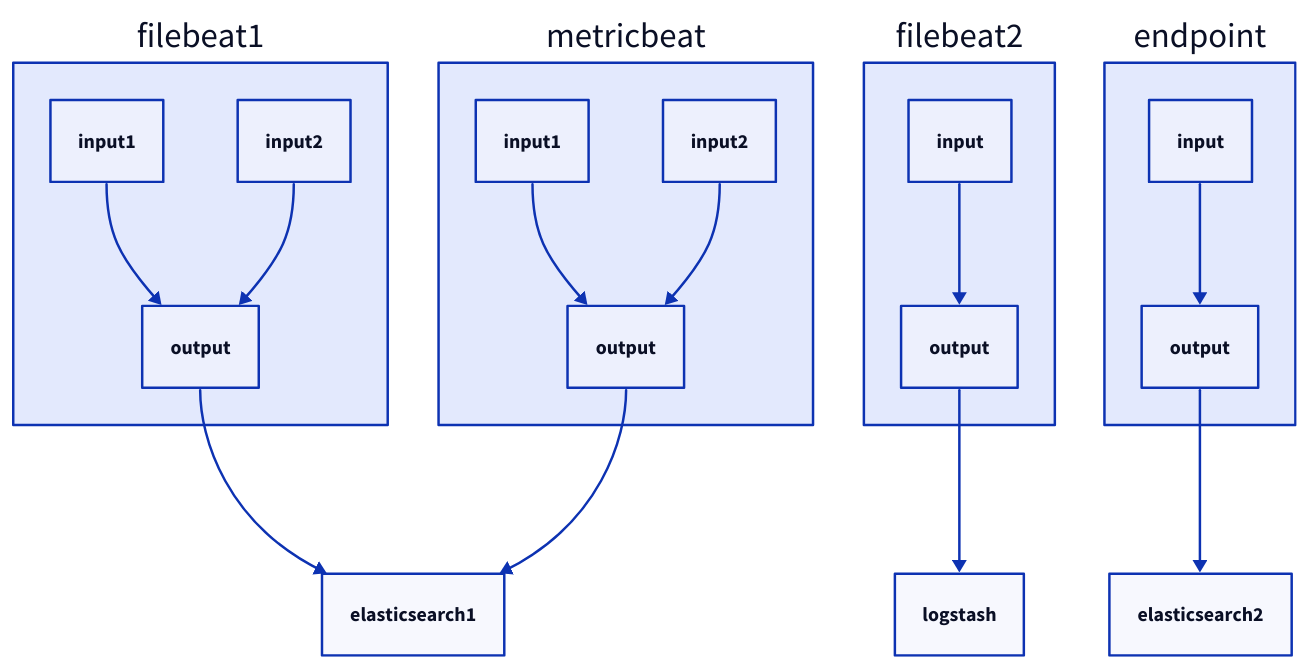
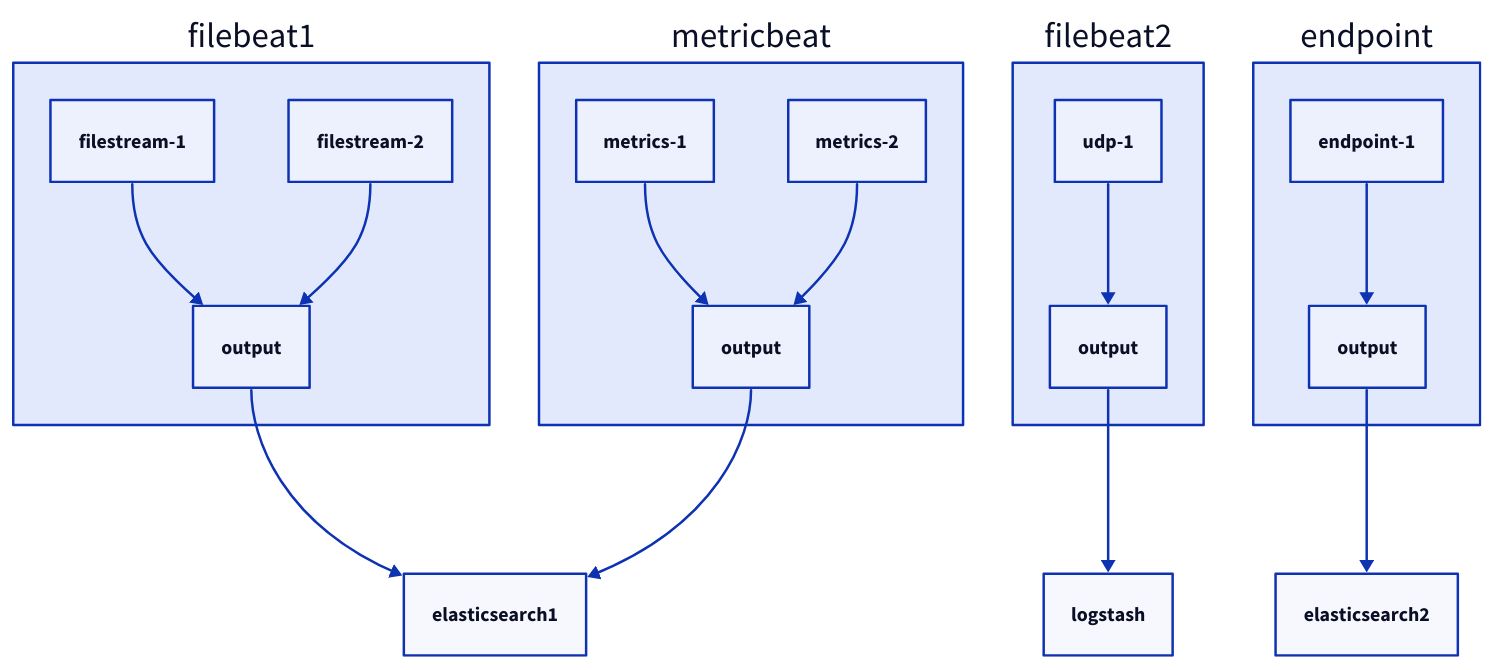
Before and after one commit to elastic/elastic-agent: the diagram in docs/diagrams/components-example.d2, drawn with D2. The commit also changed 5 other files, not shown here.

Commit message:
add an example + diagrams of agent policy behavior

```diff
--- a/docs/diagrams/components-example.d2
+++ b/docs/diagrams/components-example.d2
@@ -1,30 +1,30 @@
 # A diagram of example components managed by Agent.
 # To regenerate the image after changing this file, run:
 #   d2 components-example.d2 components-example.svg
 # To live-edit this file with immediate regeneration of the diagram, run:
 #   d2 --watch components-example.d2 components-example.svg
 
 filebeat1: {
-  input1 -> output
-  input2 -> output
+  filestream-1 -> output
+  filestream-2 -> output
 }
 
 filebeat2: {
-  input -> output
+  udp-1 -> output
 }
 
 metricbeat: {
-  input1 -> output
-  input2 -> output
+  metrics-1 -> output
+  metrics-2 -> output
 }
 
 endpoint: {
-  input -> output
+  endpoint-1 -> output
 }
 
 filebeat1.output -> elasticsearch1
 metricbeat.output -> elasticsearch1
 
 filebeat2.output -> logstash
 
 endpoint.output -> elasticsearch2
```
